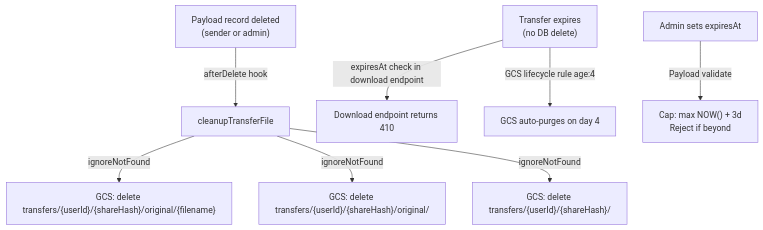
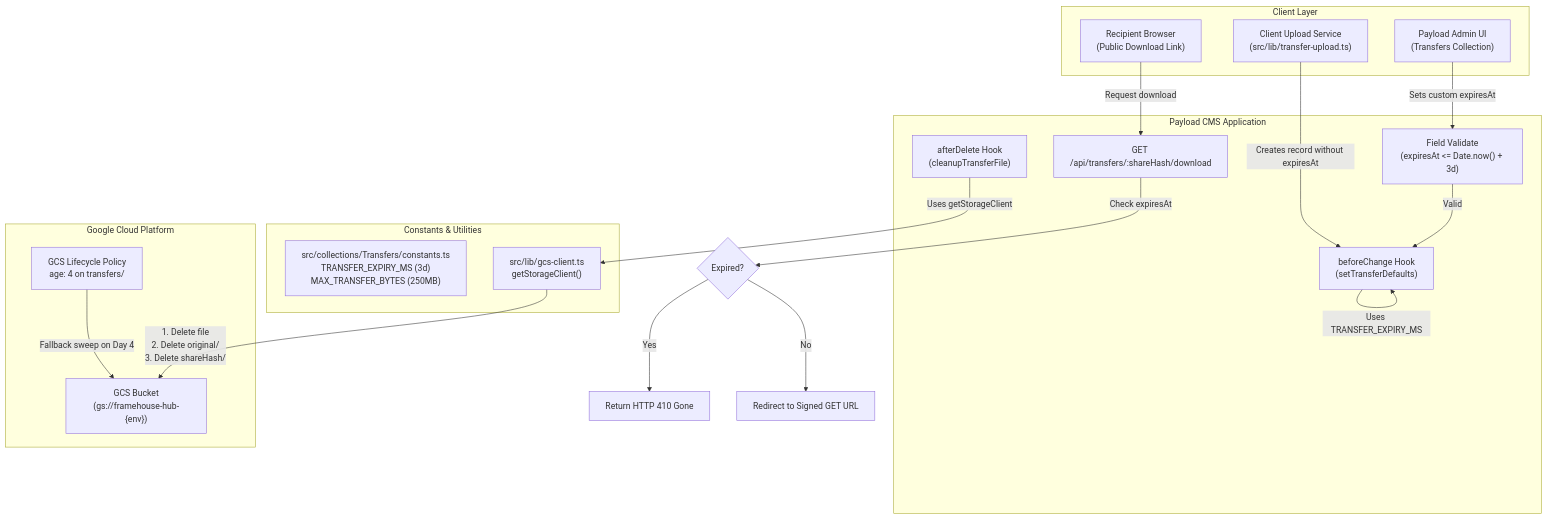
The diagram in docs/features/FRH-68-file-download-expiry-purge.md (Framehouseworks/framehouse-hub), drawn with Mermaid before and after one commit. The commit also changed other lines of this file, not shown here.

````diff
--- a/docs/features/FRH-68-file-download-expiry-purge.md
+++ b/docs/features/FRH-68-file-download-expiry-purge.md
@@ -148,12 +269,40 @@
 ```mermaid
 flowchart TD
-    Delete["Payload record deleted\n(sender or admin)"] -->|afterDelete hook| Hook["cleanupTransferFile"]
-    Hook -->|ignoreNotFound| F1["GCS: delete transfers/{userId}/{shareHash}/original/{filename}"]
-    Hook -->|ignoreNotFound| F2["GCS: delete transfers/{userId}/{shareHash}/original/"]
-    Hook -->|ignoreNotFound| F3["GCS: delete transfers/{userId}/{shareHash}/"]
+    subgraph Client Layer
+        UploadClient["Client Upload Service\n(src/lib/transfer-upload.ts)"]
+        AdminUI["Payload Admin UI\n(Transfers Collection)"]
+        Recipient["Recipient Browser\n(Public Download Link)"]
+    end
 
-    Expire["Transfer expires\n(no DB delete)"] -->|expiresAt check in download endpoint| Dead["Download endpoint returns 410"]
-    Expire -->|GCS lifecycle rule age:4| GCS_Purge["GCS auto-purges on day 4"]
+    subgraph Constants & Utilities
+        Constants["src/collections/Transfers/constants.ts\nTRANSFER_EXPIRY_MS (3d)\nMAX_TRANSFER_BYTES (250MB)"]
+        GCSClient["src/lib/gcs-client.ts\ngetStorageClient()"]
+    end
 
-    Admin["Admin sets expiresAt"] -->|Payload validate| Guard["Cap: max NOW() + 3d\nReject if beyond"]
+    subgraph Payload CMS Application
+        Validate["Field Validate\n(expiresAt <= Date.now() + 3d)"]
+        DefaultsHook["beforeChange Hook\n(setTransferDefaults)"]
+        DownloadEndpoint["GET /api/transfers/:shareHash/download"]
+        DeleteHook["afterDelete Hook\n(cleanupTransferFile)"]
+    end
+
+    subgraph Google Cloud Platform
+        GCS_Bucket["GCS Bucket\n(gs://framehouse-hub-{env})"]
+        LifecycleRule["GCS Lifecycle Policy\nage: 4 on transfers/"]
+    end
+
+    AdminUI -->|Sets custom expiresAt| Validate
+    Validate -->|Valid| DefaultsHook
+    UploadClient -->|Creates record without expiresAt| DefaultsHook
+    DefaultsHook -->|Uses TRANSFER_EXPIRY_MS| DefaultsHook
+
+    Recipient -->|Request download| DownloadEndpoint
+    DownloadEndpoint -->|Check expiresAt| CheckExpired{Expired?}
+    CheckExpired -->|Yes| ExpiredResp["Return HTTP 410 Gone"]
+    CheckExpired -->|No| ServeURL["Redirect to Signed GET URL"]
+
+    DeleteHook -->|Uses getStorageClient| GCSClient
+    GCSClient -->|1. Delete file\n2. Delete original/\n3. Delete shareHash/| GCS_Bucket
+
+    LifecycleRule -->|Fallback sweep on Day 4| GCS_Bucket
 ```
````
